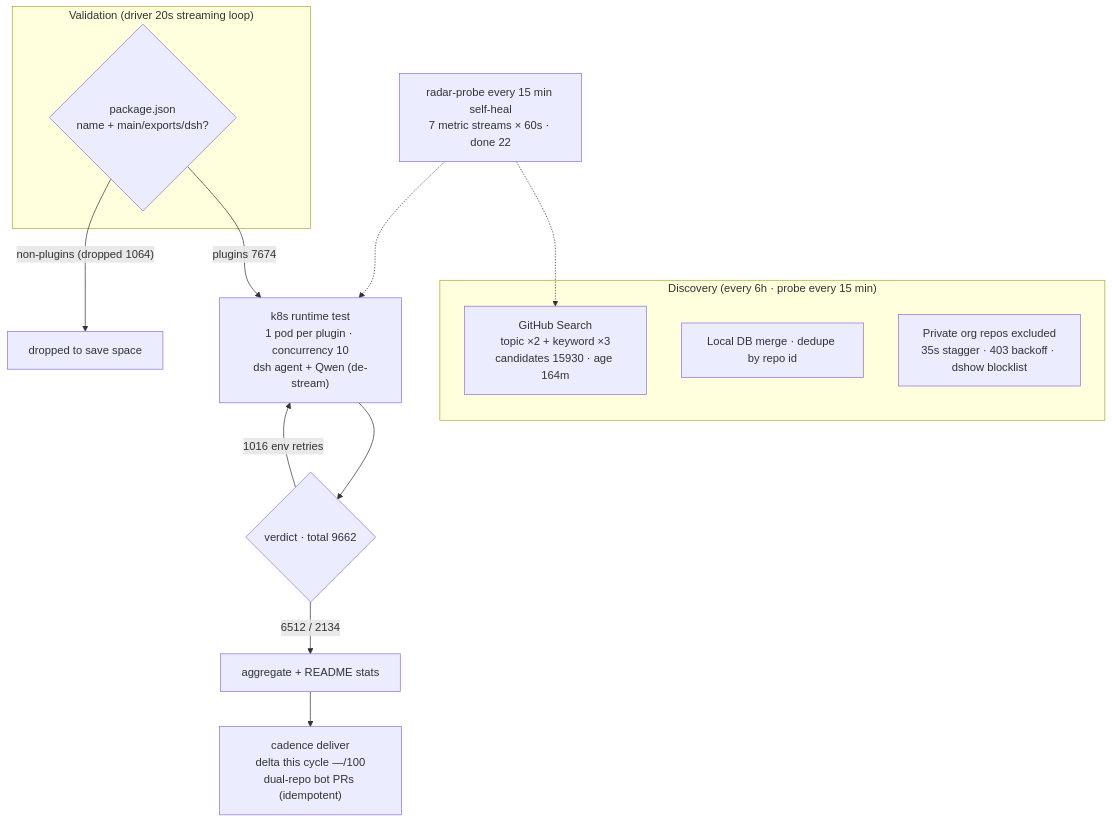
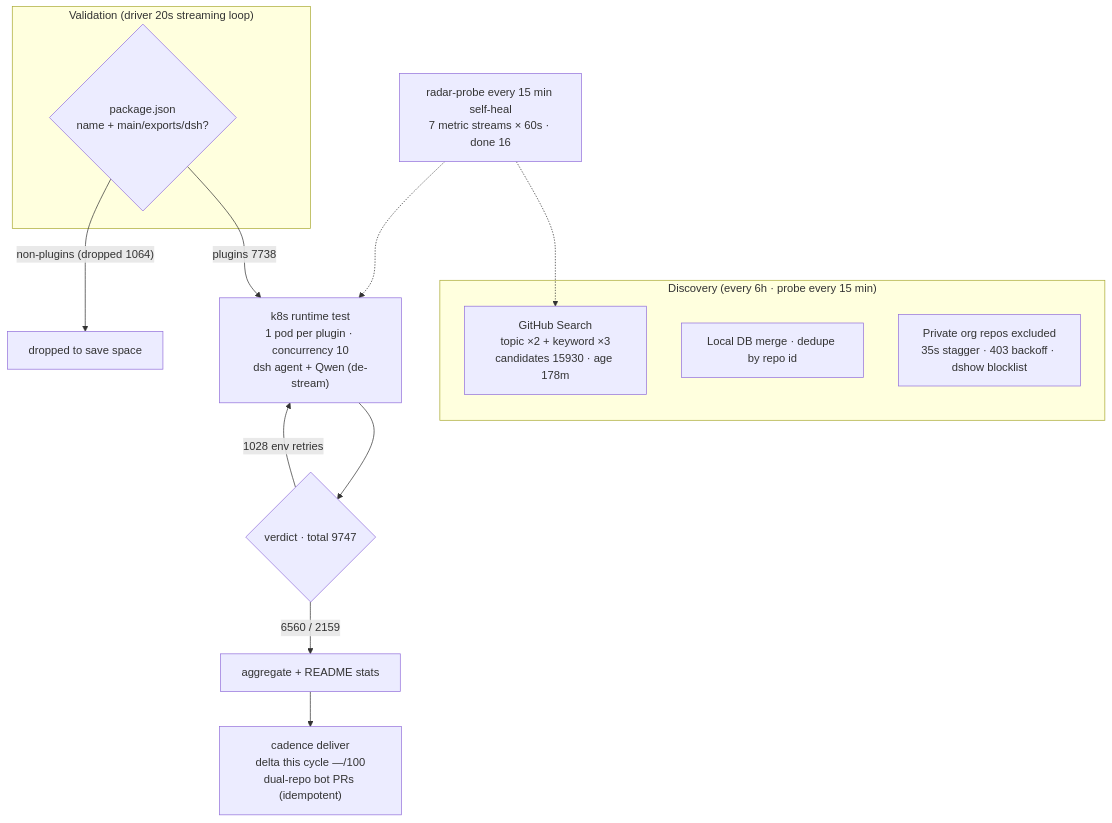
The diagram in README.en-US.md (AdamPlatin123/awesome-dsh-plugins), drawn with Mermaid before and after one commit. The commit also changed other lines of this file and 4 other files, not shown here.

````diff
--- a/README.en-US.md
+++ b/README.en-US.md
@@ -30,20 +30,20 @@
 ```mermaid
 flowchart TB
     subgraph Discovery["Discovery (every 6h · probe every 15 min)"]
-        A1["GitHub Search<br/>topic ×2 + keyword ×3<br/>candidates 15930 · age 164m"]
+        A1["GitHub Search<br/>topic ×2 + keyword ×3<br/>candidates 15930 · age 178m"]
         A2["Local DB merge · dedupe by repo id"]
         A3["Private org repos excluded<br/>35s stagger · 403 backoff · dshow blocklist"]
     end
     subgraph Validation["Validation (driver 20s streaming loop)"]
         B1{"package.json<br/>name + main/exports/dsh?"}
     end
-    B1 -->|"plugins 7674"| C1["k8s runtime test<br/>1 pod per plugin · concurrency 10<br/>dsh agent + Qwen (de-stream)"]
+    B1 -->|"plugins 7738"| C1["k8s runtime test<br/>1 pod per plugin · concurrency 10<br/>dsh agent + Qwen (de-stream)"]
     B1 -->|"non-plugins (dropped 1064)"| B3["dropped to save space"]
-    C1 --> D1{"verdict · total 9662"}
-    D1 -->|"6512 / 2134"| E1["aggregate + README stats"]
-    D1 -->|"1016 env retries"| C1
+    C1 --> D1{"verdict · total 9747"}
+    D1 -->|"6560 / 2159"| E1["aggregate + README stats"]
+    D1 -->|"1028 env retries"| C1
     E1 --> E2["cadence deliver<br/>delta this cycle —/100<br/>dual-repo bot PRs (idempotent)"]
-    M["radar-probe every 15 min self-heal<br/>7 metric streams × 60s · done 22"]
+    M["radar-probe every 15 min self-heal<br/>7 metric streams × 60s · done 16"]
     M -.-> A1
     M -.-> C1
 ```
````
